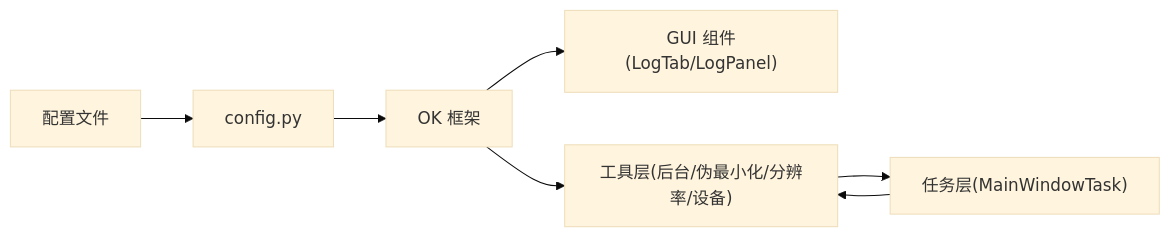
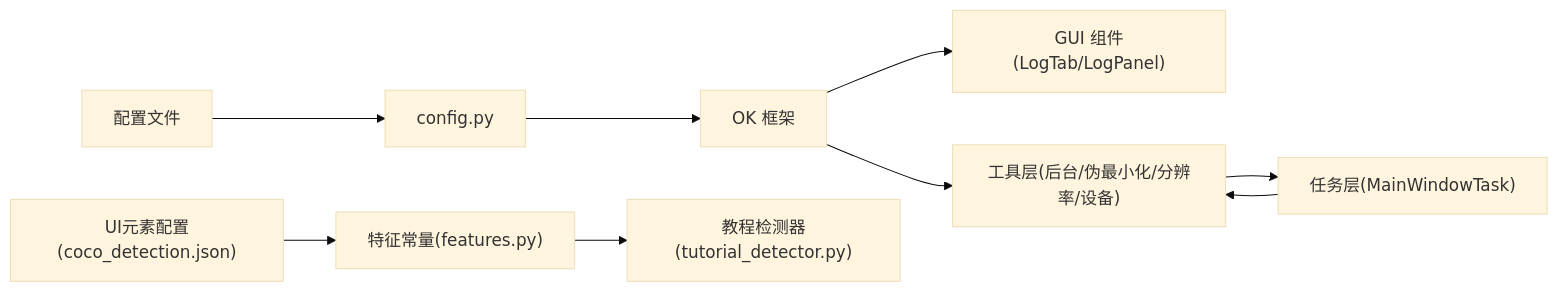
Diagram 12 of 12 in .qoder/repowiki/zh/content/配置系统/界面配置.md (xsy098-max/ok-jump), drawn with Mermaid (base theme) before and after one commit. The commit also changed other lines of this file and 13 other files, not shown here.

````diff
--- a/.qoder/repowiki/zh/content/配置系统/界面配置.md
+++ b/.qoder/repowiki/zh/content/配置系统/界面配置.md
@@ -387,9 +505,11 @@
 ```mermaid
 graph LR
 CFG_JSON["配置文件"] --> CFG_PY["config.py"]
 CFG_PY --> OK["OK 框架"]
 OK --> GUI["GUI 组件(LogTab/LogPanel)"]
 OK --> UTILS["工具层(后台/伪最小化/分辨率/设备)"]
 UTILS --> TASK["任务层(MainWindowTask)"]
 TASK --> UTILS
+CFG_COCO["UI元素配置(coco_detection.json)"] --> CONST_FEATURES["特征常量(features.py)"]
+CONST_FEATURES --> TASK_TUTORIAL["教程检测器(tutorial_detector.py)"]
 ```
````
